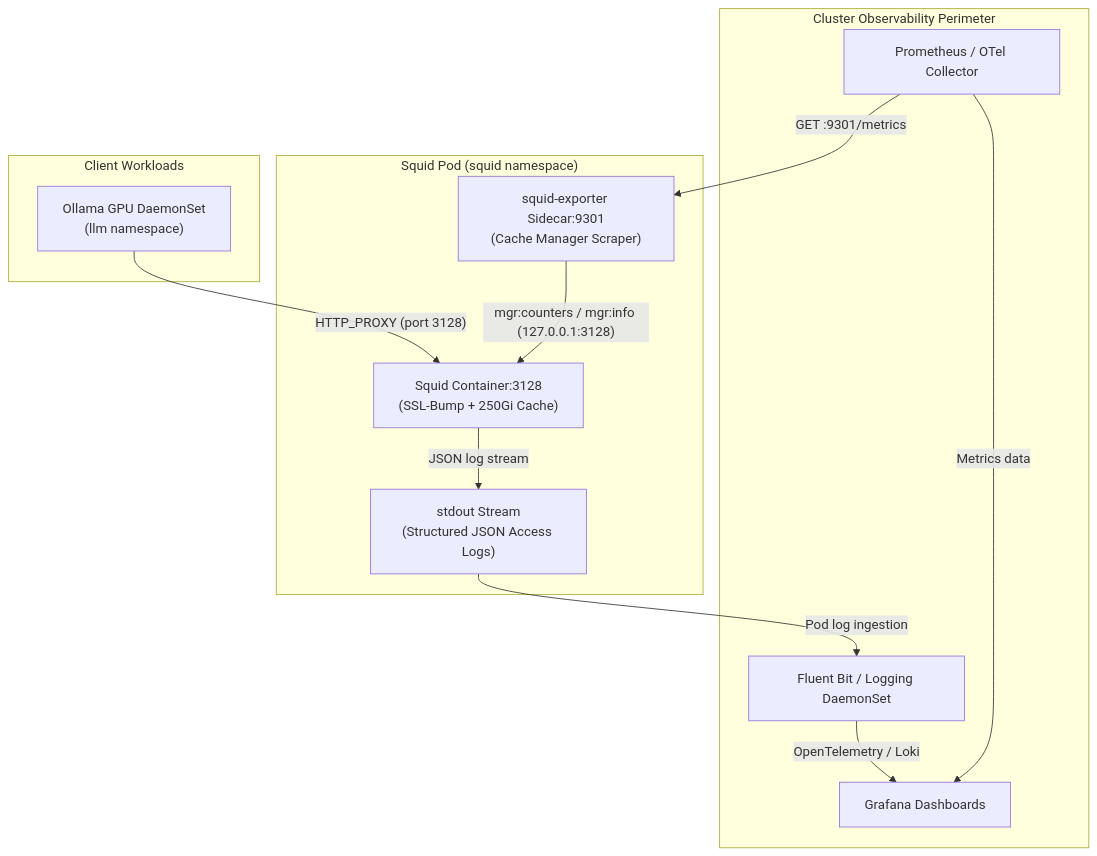
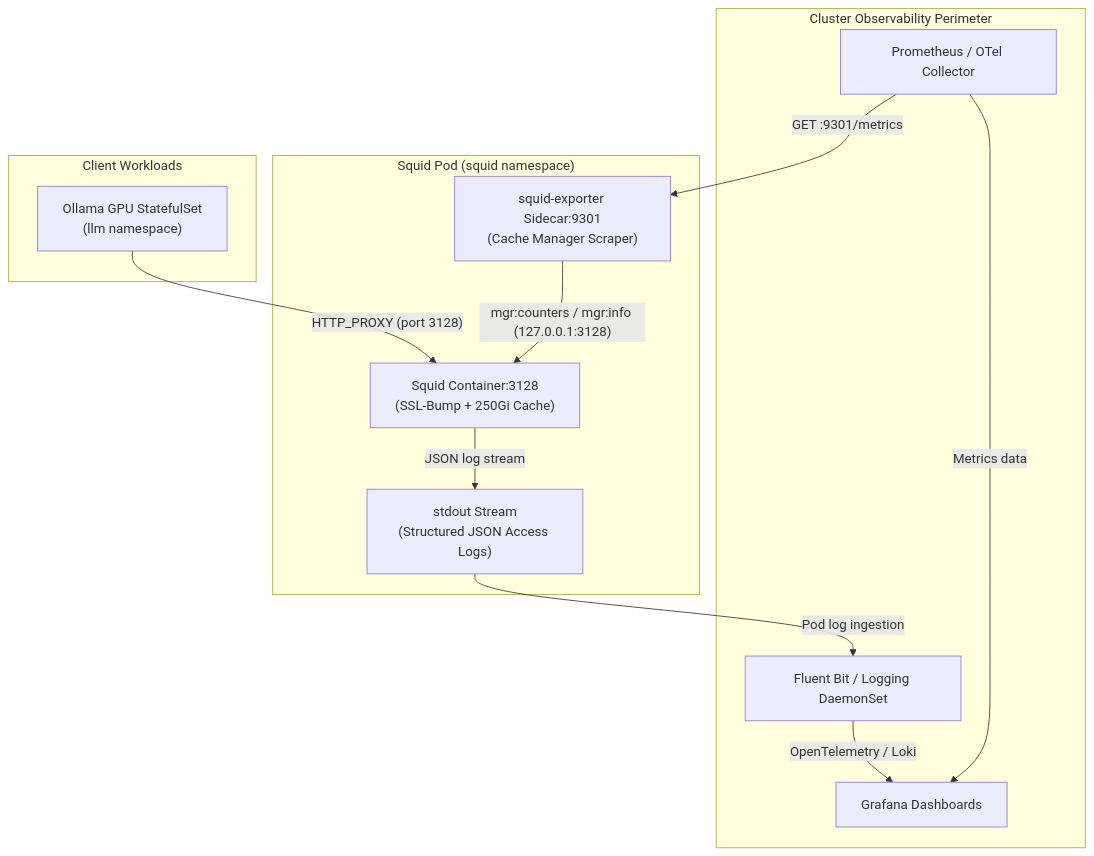
One commit to dan-petty/devops-cli changed the first of 2 diagrams in docs/squid-failover-and-observability.md. Above: the diagram before and after it, drawn with Mermaid. The commit also changed 705 other files, not shown here.

````diff
--- a/docs/squid-failover-and-observability.md
+++ b/docs/squid-failover-and-observability.md
@@ -28,26 +28,26 @@
 ```mermaid
 graph TD
     subgraph "Squid Pod (squid namespace)"
         squid["Squid Container:3128<br/>(SSL-Bump + 250Gi Cache)"]
         exporter["squid-exporter Sidecar:9301<br/>(Cache Manager Scraper)"]
         stdout["stdout Stream<br/>(Structured JSON Access Logs)"]
     end
 
     subgraph "Cluster Observability Perimeter"
         prom["Prometheus / OTel Collector"]
         fluent["Fluent Bit / Logging DaemonSet"]
         grafana["Grafana Dashboards"]
     end
 
     subgraph "Client Workloads"
-        ollama["Ollama GPU DaemonSet<br/>(llm namespace)"]
+        ollama["Ollama GPU StatefulSet<br/>(llm namespace)"]
     end
 
     ollama -->|"HTTP_PROXY (port 3128)"| squid
     exporter -->|"mgr:counters / mgr:info (127.0.0.1:3128)"| squid
     prom -->|"GET :9301/metrics"| exporter
     squid -->|"JSON log stream"| stdout
     stdout -->|"Pod log ingestion"| fluent
     fluent -->|"OpenTelemetry / Loki"| grafana
     prom -->|"Metrics data"| grafana
 ```
````
